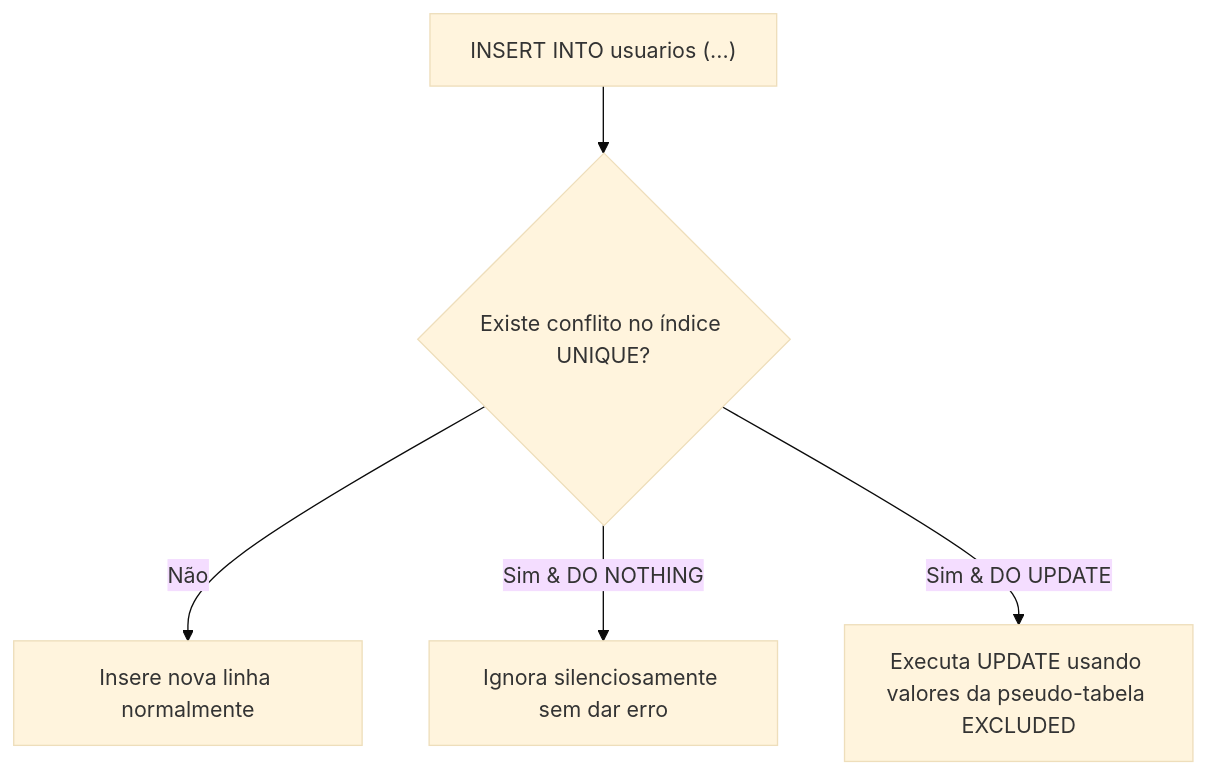
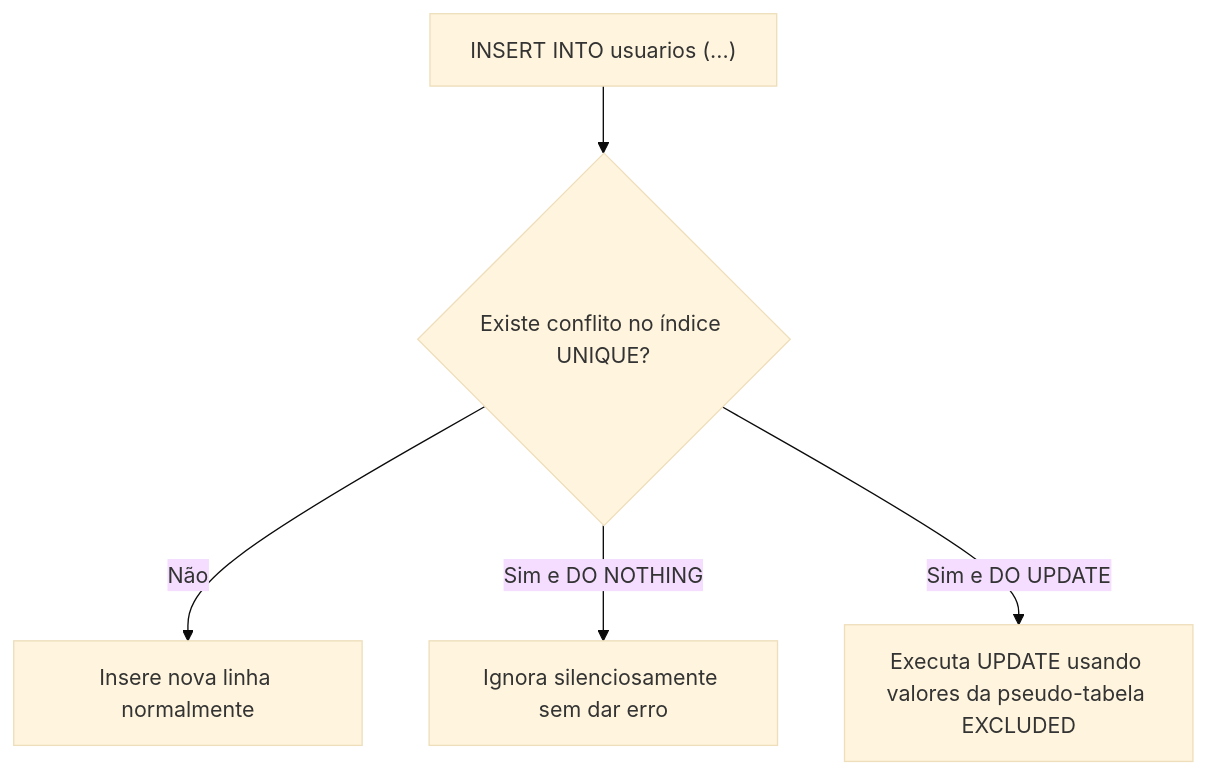
One commit to diogofragoso/postgresql changed the diagram in 03-manipulacao-dml-e-consultas/01-dml-basico.md. Above: the diagram before and after it, drawn with Mermaid (base theme). The commit also changed 28 other files, not shown here.

````diff
--- a/03-manipulacao-dml-e-consultas/01-dml-basico.md
+++ b/03-manipulacao-dml-e-consultas/01-dml-basico.md
@@ -100,7 +100,7 @@
 ```mermaid
 flowchart TD
     Req["INSERT INTO usuarios (...)"] --> Chk{Existe conflito no índice UNIQUE?}
     Chk -- Não --> Ins["Insere nova linha normalmente"]
-    Chk -- Sim & DO NOTHING --> Ignora["Ignora silenciosamente sem dar erro"]
-    Chk -- Sim & DO UPDATE --> Upsert["Executa UPDATE usando valores da pseudo-tabela EXCLUDED"]
+    Chk -- Sim e DO NOTHING --> Ignora["Ignora silenciosamente sem dar erro"]
+    Chk -- Sim e DO UPDATE --> Upsert["Executa UPDATE usando valores da pseudo-tabela EXCLUDED"]
 ```
````
